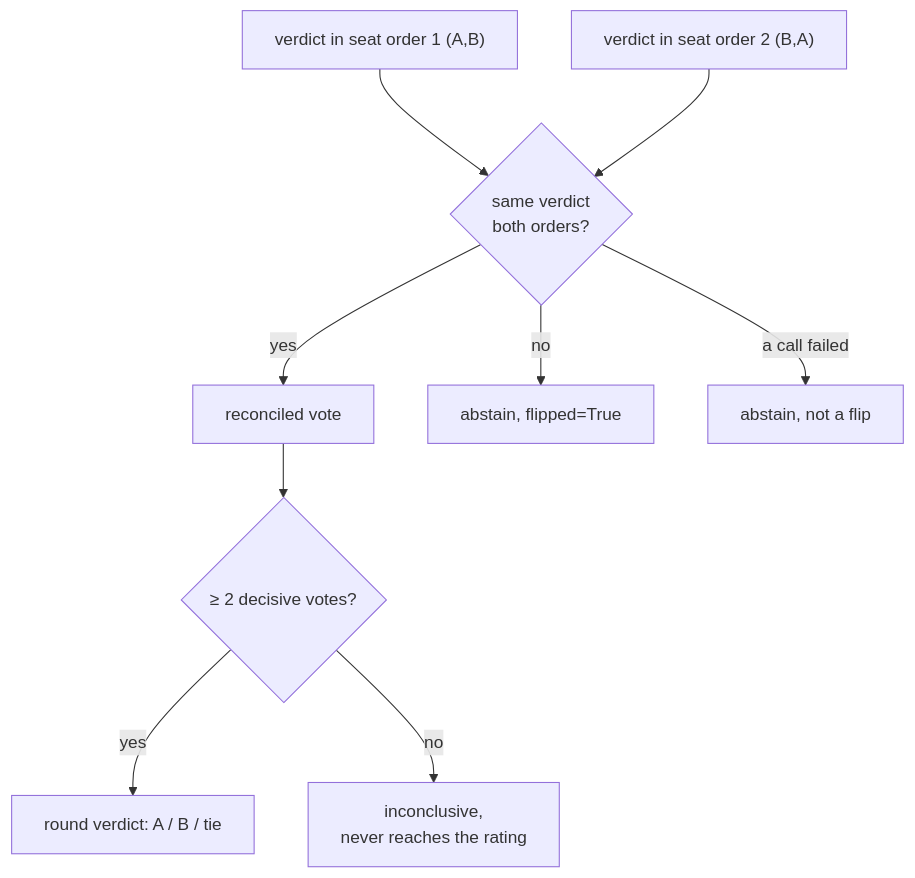
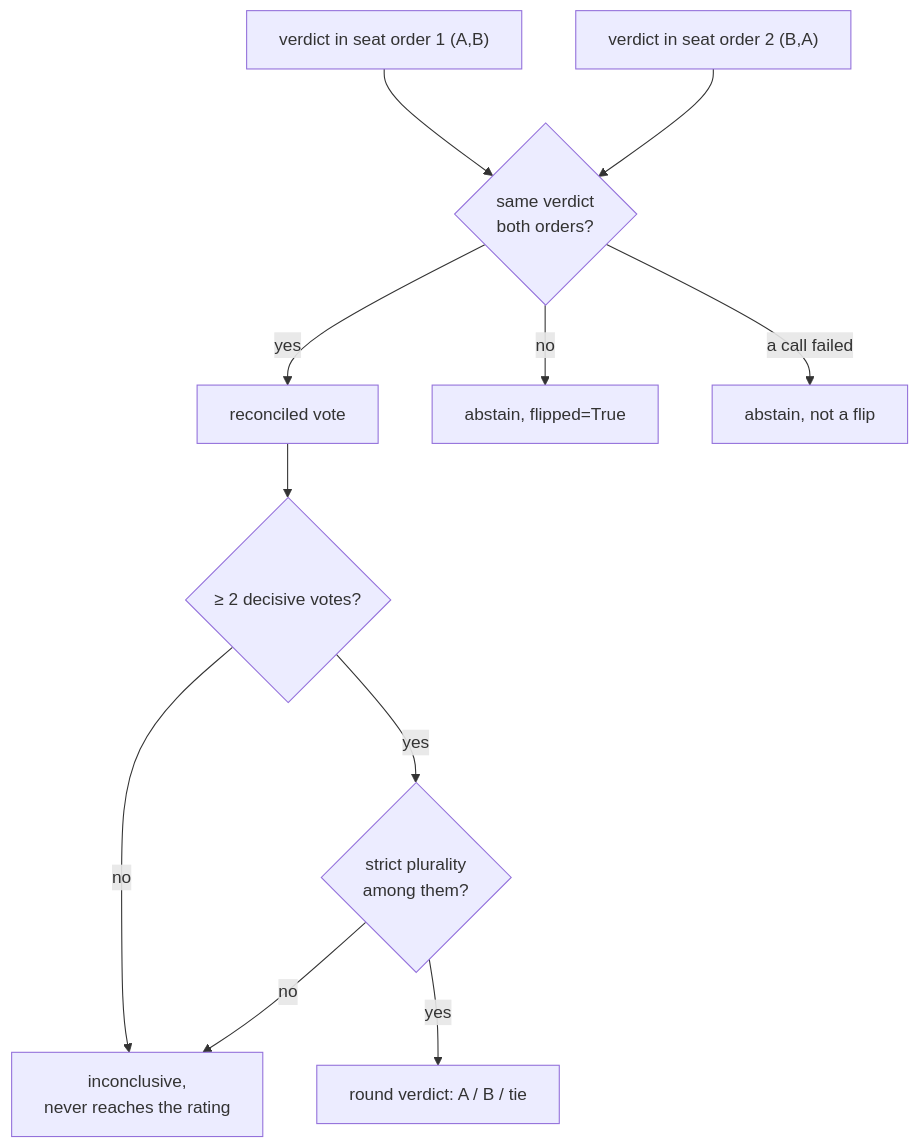
The diagram in docs/methodology.md (orq-ai/orq-arena), drawn with Mermaid before and after one commit. The commit also changed other lines of this file and 9 other files, not shown here.

````diff
--- a/docs/methodology.md
+++ b/docs/methodology.md
@@ -27,11 +27,13 @@
 ```mermaid
 flowchart TD
     o1["verdict in seat order 1 (A,B)"] --> rec{"same verdict<br/>both orders?"}
     o2["verdict in seat order 2 (B,A)"] --> rec
     rec -- yes --> vote["reconciled vote"]
     rec -- no --> flip["abstain, flipped=True"]
     rec -- "a call failed" --> fail["abstain, not a flip"]
     vote --> quorum{"≥ 2 decisive votes?"}
-    quorum -- yes --> verdict["round verdict: A / B / tie"]
     quorum -- no --> inc["inconclusive,<br/>never reaches the rating"]
+    quorum -- yes --> plur{"strict plurality<br/>among them?"}
+    plur -- yes --> verdict["round verdict: A / B / tie"]
+    plur -- no --> inc
 ```
````
